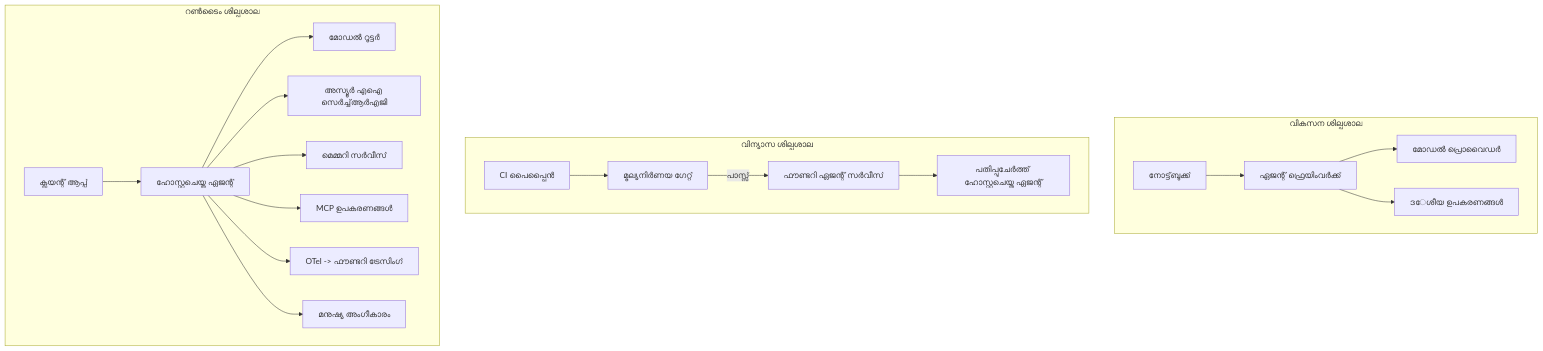
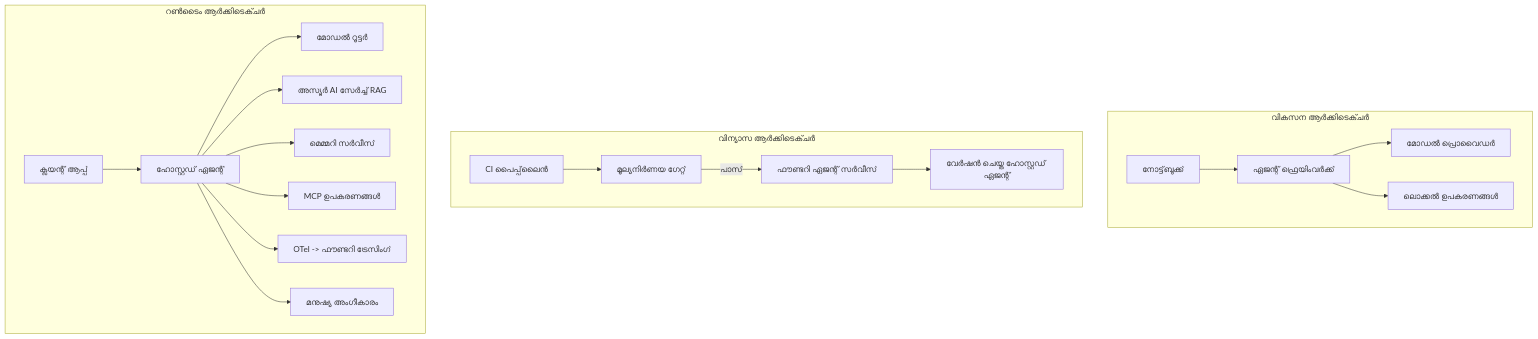
The fourth of 4 diagrams in mirrors/repos/microsoft@ai-agents-for-beginners/translations/ml/16-deploying-scalable-agents/README.md (gabrielmoreira/agent-skills-mirror), drawn with Mermaid before and after one commit. The commit also changed other lines of this file and 4262 other files, not shown here.

````diff
--- a/mirrors/repos/microsoft@ai-agents-for-beginners/translations/ml/16-deploying-scalable-agents/README.md
+++ b/mirrors/repos/microsoft@ai-agents-for-beginners/translations/ml/16-deploying-scalable-agents/README.md
@@ -185,22 +185,22 @@
 ```mermaid
 flowchart TB
-    subgraph Dev[വികസന ശില്പശാല]
+    subgraph Dev[വികസന ആർക്കിടെക്ചർ]
         D1[നോട്ട്‌ബുക്ക്] --> D2[ഏജന്റ് ഫ്രെയിംവർക്ക്]
         D2 --> D3[മോഡൽ പ്രൊവൈഡർ]
-        D2 --> D4[ဒേശീയ ഉപകരണങ്ങൾ]
+        D2 --> D4[ലൊക്കൽ ഉപകരണങ്ങൾ]
     end
-    subgraph Deploy[വിന്യാസ ശില്പശാല]
-        E1[CI പൈപ്പ്ലൈൻ] --> E2[മൂല്യനിർണയ ഗേറ്റ്]
-        E2 -->|പാസ്സ്| E3[ഫൗണ്ടറി ഏജന്റ് സർവീസ്]
-        E3 --> E4[പതിപ്പുചേർത്ത് ഹോസ്റ്റുചെയ്ത ഏജന്റ്]
+    subgraph Deploy[വിന്യാസ ആർക്കിടെക്ചർ]
+        E1[CI പൈപ്പ്‌ലൈൻ] --> E2[മൂല്യനിർണയ ഗേറ്റ്]
+        E2 -->|പാസ്| E3[ഫൗണ്ടറി ഏജന്റ് സർവീസ്]
+        E3 --> E4[വേർഷൻ ചെയ്ത ഹോസ്റ്റഡ് ഏജന്റ്]
     end
-    subgraph Run[റൺടൈം ശില്പശാല]
-        F1[ക്ലയന്റ് ആപ്പ്] --> F2[ഹോസ്റ്റുചെയ്ത ഏജന്റ്]
+    subgraph Run[റൺടൈം ആർക്കിടെക്ചർ]
+        F1[ക്ലയന്റ് ആപ്പ്] --> F2[ഹോസ്റ്റഡ് ഏജന്റ്]
         F2 --> F3[മോഡൽ റൂട്ടർ]
-        F2 --> F4[അസ്യൂർ എഐ സെർച്ച്ആർഎജി]
+        F2 --> F4[അസ്യൂർ AI സേർച്ച് RAG]
         F2 --> F5[മെമ്മറി സർവീസ്]
         F2 --> F6[MCP ഉപകരണങ്ങൾ]
         F2 --> F7[OTel -> ഫൗണ്ടറി ട്രേസിംഗ്]
         F2 --> F8[മനുഷ്യ അംഗീകാരം]
     end
 ```
````
